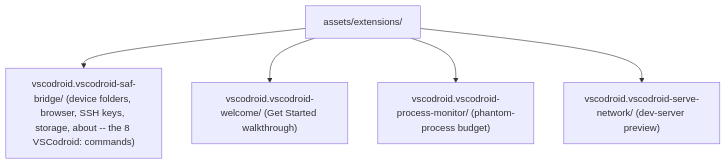
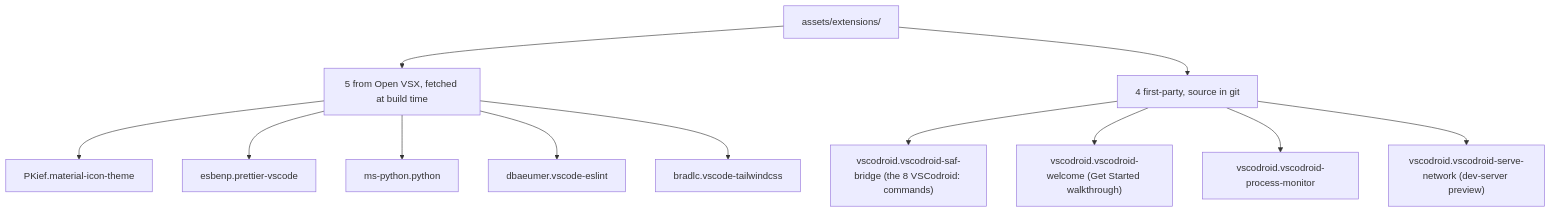
The third of 3 diagrams in docs/05-API_SPEC.md (rmyndharis/VSCodroid), drawn with Mermaid before and after one commit. The commit also changed other lines of this file, not shown here.

````diff
--- a/docs/05-API_SPEC.md
+++ b/docs/05-API_SPEC.md
@@ -676,7 +684,14 @@
 ```mermaid
 flowchart TD
-  ROOT["assets/extensions/"] --> E1["vscodroid.vscodroid-saf-bridge/ (device folders, browser, SSH keys, storage, about -- the 8 VSCodroid: commands)"]
-  ROOT --> E2["vscodroid.vscodroid-welcome/ (Get Started walkthrough)"]
-  ROOT --> E3["vscodroid.vscodroid-process-monitor/ (phantom-process budget)"]
-  ROOT --> E4["vscodroid.vscodroid-serve-network/ (dev-server preview)"]
+  ROOT["assets/extensions/"] --> T["5 from Open VSX, fetched at build time"]
+  ROOT --> O["4 first-party, source in git"]
+  T --> T1["PKief.material-icon-theme"]
+  T --> T2["esbenp.prettier-vscode"]
+  T --> T3["ms-python.python"]
+  T --> T4["dbaeumer.vscode-eslint"]
+  T --> T5["bradlc.vscode-tailwindcss"]
+  O --> O1["vscodroid.vscodroid-saf-bridge (the 8 VSCodroid: commands)"]
+  O --> O2["vscodroid.vscodroid-welcome (Get Started walkthrough)"]
+  O --> O3["vscodroid.vscodroid-process-monitor"]
+  O --> O4["vscodroid.vscodroid-serve-network (dev-server preview)"]
 ```
````
